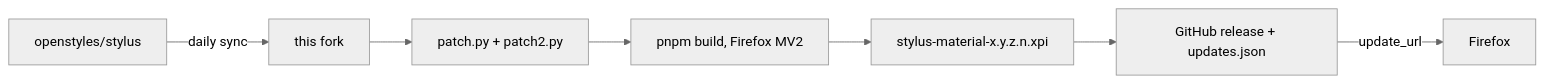
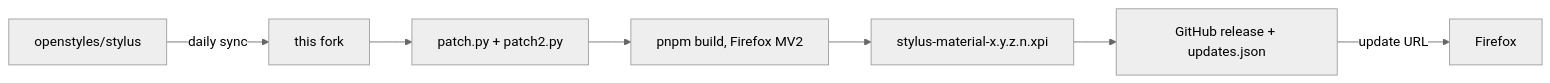
Before and after one commit to BlazeFTL/StylusMaterial: the diagram in README.md, drawn with Mermaid (neutral theme). The commit also changed other lines of this file, not shown here.

````diff
--- a/README.md
+++ b/README.md
@@ -149,9 +201,9 @@
 ```mermaid
 flowchart LR
   A["openstyles/stylus"] -->|"daily sync"| B["this fork"]
   B --> C["patch.py + patch2.py"]
   C --> D["pnpm build, Firefox MV2"]
   D --> E["stylus-material-x.y.z.n.xpi"]
   E --> F["GitHub release + updates.json"]
-  F -->|"update_url"| G["Firefox"]
+  F -->|"update URL"| G["Firefox"]
 ```
````
